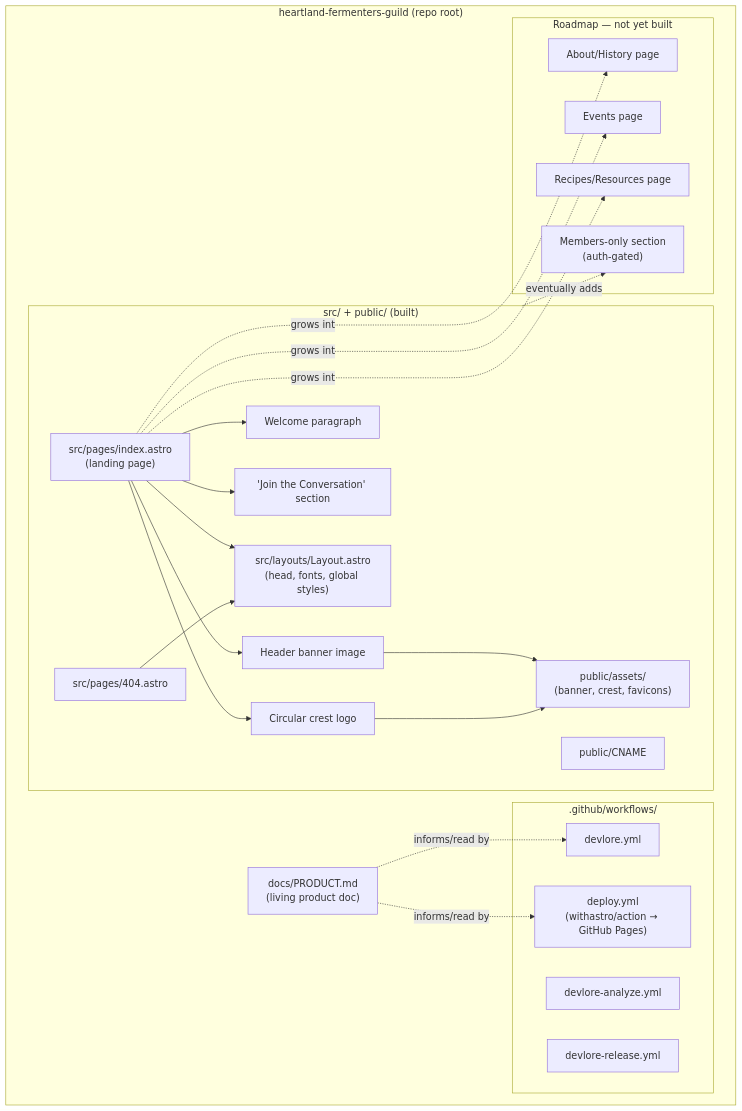
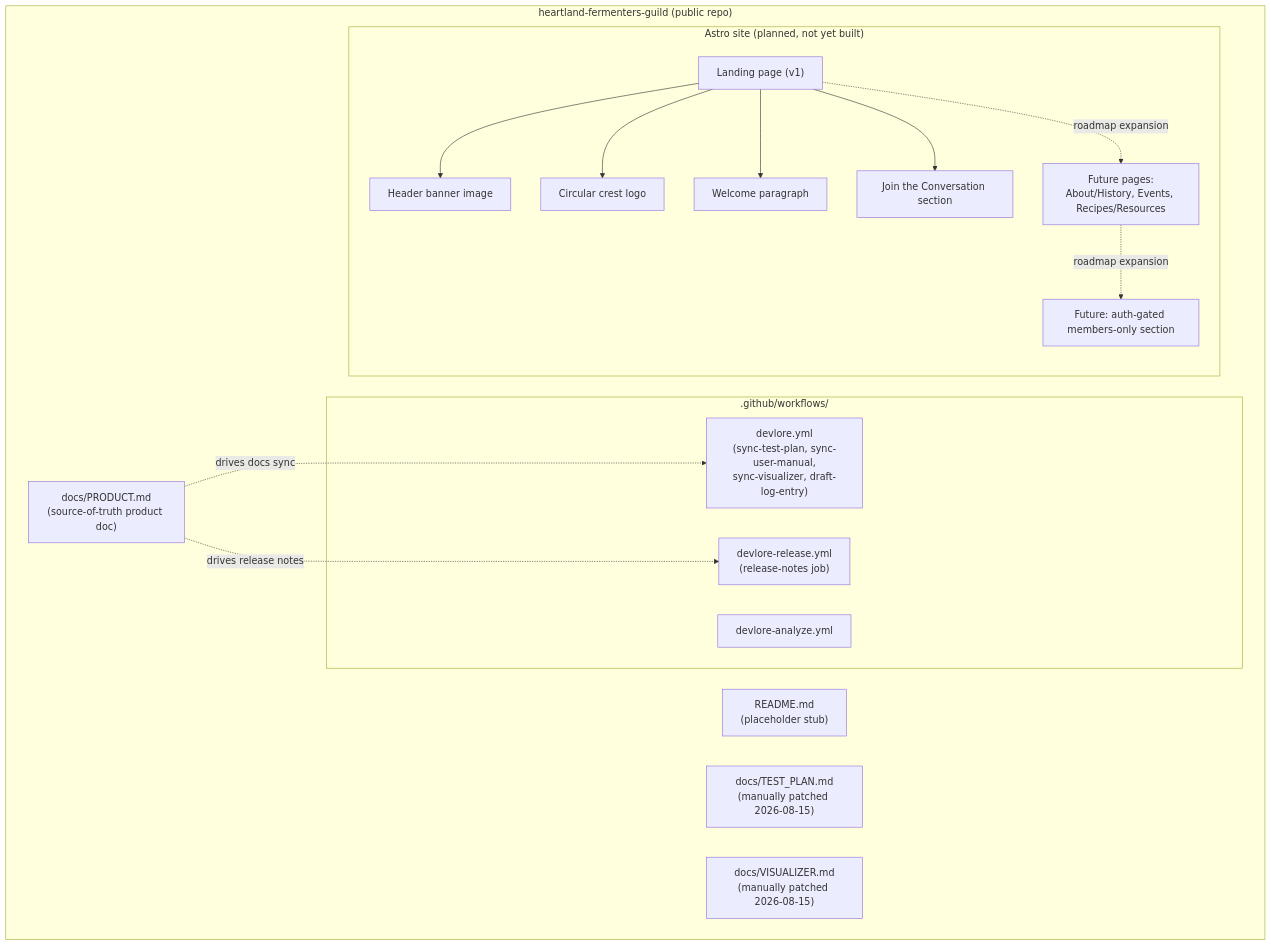
Before and after one commit to BubbaF377/heartland-fermenters-guild: the first of 3 diagrams in docs/VISUALIZER.md, drawn with Mermaid. The commit also changed other lines of this file, not shown here.

Commit message:
Update visualizer (requirements changed): heartland-fermenters-guild

````diff
--- a/docs/VISUALIZER.md
+++ b/docs/VISUALIZER.md
@@ -10,45 +8,34 @@
 ```mermaid
-flowchart TB
-    subgraph Repo["heartland-fermenters-guild (repo root)"]
-        PDOC["docs/PRODUCT.md<br/>(living product doc)"]
+graph TD
+    subgraph Repo["heartland-fermenters-guild (public repo)"]
+        PRODUCT["docs/PRODUCT.md<br/>(source-of-truth product doc)"]
+        README["README.md<br/>(placeholder stub)"]
+        TESTPLAN["docs/TEST_PLAN.md<br/>(manually patched 2026-08-15)"]
+        VIZ["docs/VISUALIZER.md<br/>(manually patched 2026-08-15)"]
 
         subgraph Workflows[".github/workflows/"]
-            WFDeploy["deploy.yml<br/>(withastro/action → GitHub Pages)"]
-            WF1["devlore.yml"]
-            WF2["devlore-analyze.yml"]
-            WF3["devlore-release.yml"]
+            DEVLORE["devlore.yml<br/>(sync-test-plan, sync-user-manual,<br/>sync-visualizer, draft-log-entry)"]
+            ANALYZE["devlore-analyze.yml"]
+            RELEASE["devlore-release.yml<br/>(release-notes job)"]
         end
 
-        subgraph Site["src/ + public/ (built)"]
-            Layout["src/layouts/Layout.astro<br/>(head, fonts, global styles)"]
-            Index["src/pages/index.astro<br/>(landing page)"]
-            NotFound["src/pages/404.astro"]
-            Assets["public/assets/<br/>(banner, crest, favicons)"]
-            CNAME["public/CNAME"]
-
-            Index --> Layout
-            NotFound --> Layout
-            Index --> Header["Header banner image"]
-            Index --> Crest["Circular crest logo"]
-            Index --> Welcome["Welcome paragraph"]
-            Index --> Join["'Join the Conversation' section"]
-            Header --> Assets
-            Crest --> Assets
-        end
-
-        subgraph Future["Roadmap — not yet built"]
-            About["About/History page"]
-            Events["Events page"]
-            Recipes["Recipes/Resources page"]
-            Members["Members-only section<br/>(auth-gated)"]
+        subgraph PlannedSite["Astro site (planned, not yet built)"]
+            LANDING["Landing page (v1)"]
+            HEADER["Header banner image"]
+            CREST["Circular crest logo"]
+            WELCOME["Welcome paragraph"]
+            JOIN["Join the Conversation section"]
+            FUTURE["Future pages:<br/>About/History, Events, Recipes/Resources"]
+            MEMBERS["Future: auth-gated members-only section"]
         end
     end
 
-    Index -.grows into.-> About
-    Index -.grows into.-> Events
-    Index -.grows into.-> Recipes
-    Site -.eventually adds.-> Members
-
-    PDOC -. informs/read by .-> WF1
-    PDOC -. informs/read by .-> WFDeploy
+    PRODUCT -.->|drives docs sync| DEVLORE
+    PRODUCT -.->|drives release notes| RELEASE
+    LANDING --> HEADER
+    LANDING --> CREST
+    LANDING --> WELCOME
+    LANDING --> JOIN
+    LANDING -.->|roadmap expansion| FUTURE
+    FUTURE -.->|roadmap expansion| MEMBERS
 ```
````
